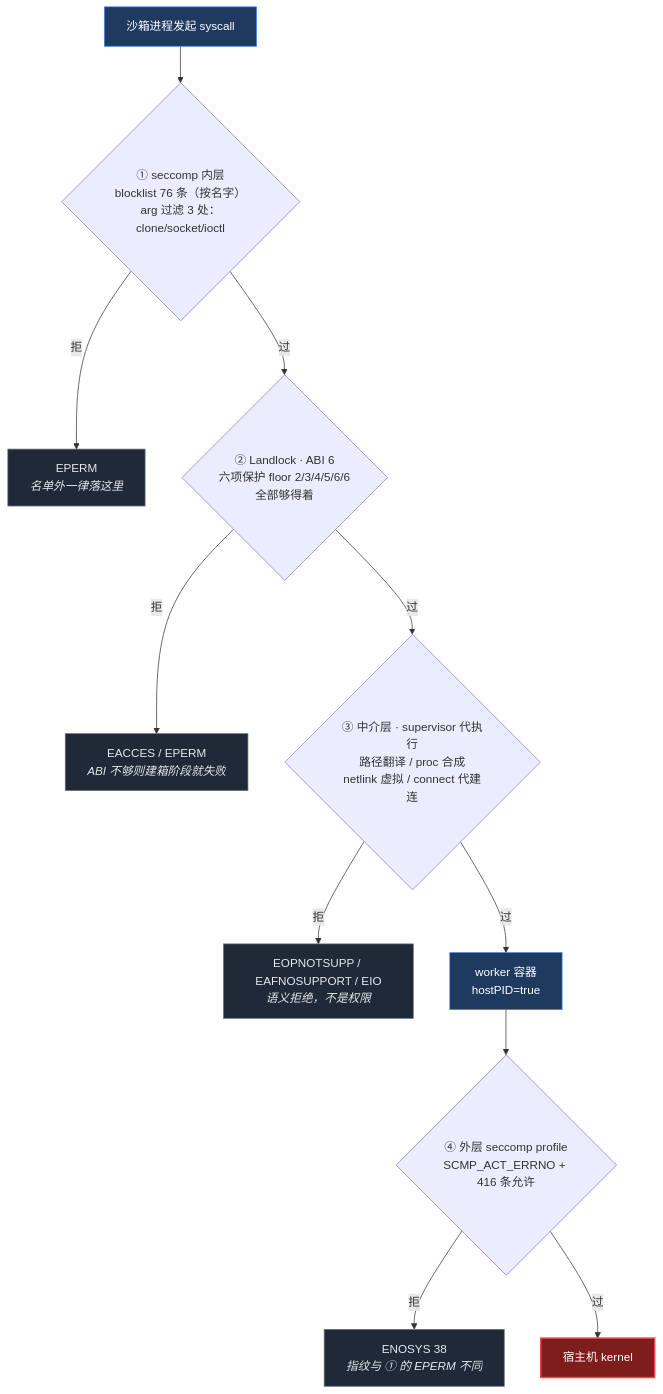
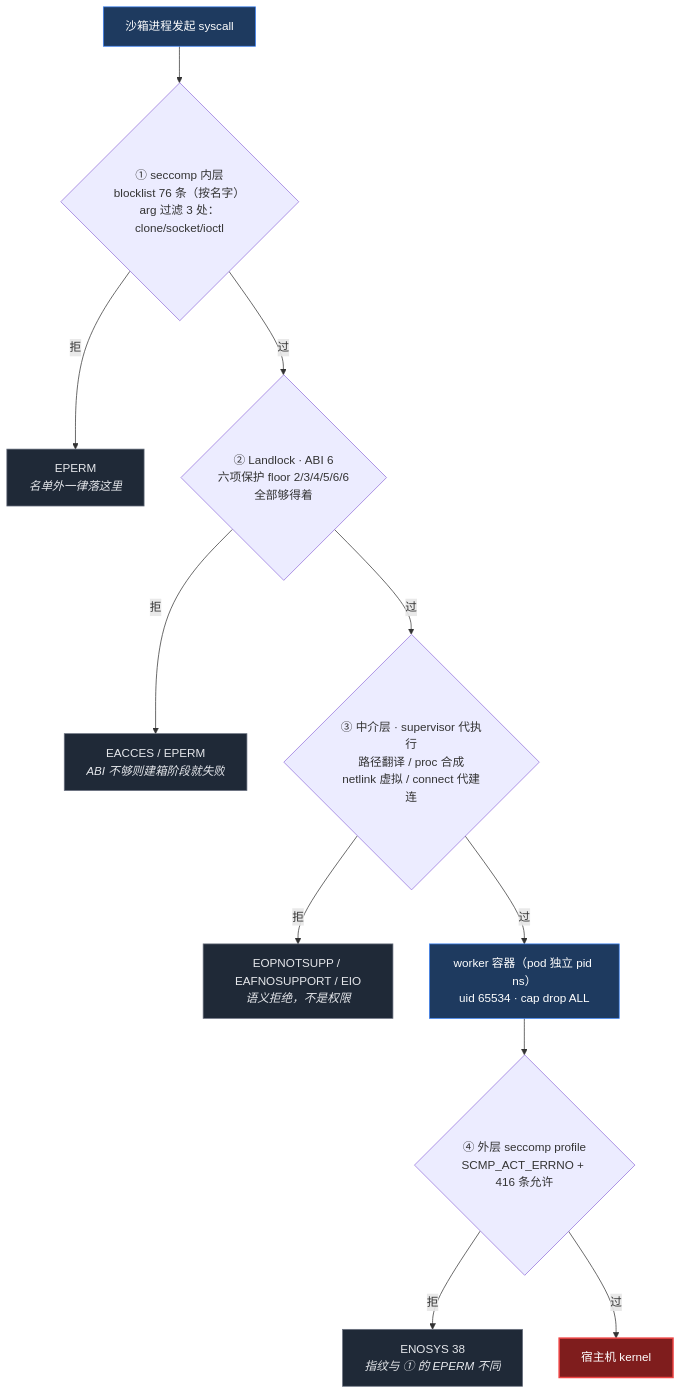
The first of 2 diagrams in docs/security-audit/security-framework.md (imhun/sandlock-e2b), drawn with Mermaid before and after one commit. The commit also changed other lines of this file and 1 other file, not shown here.

First line of the commit message:
docs(security-audit): 更正 hostPID —— worker 不是，c3-agent 才是

````diff
--- a/docs/security-audit/security-framework.md
+++ b/docs/security-audit/security-framework.md
@@ -27,24 +27,24 @@
 ```mermaid
 flowchart TD
     A["沙箱进程发起 syscall"] --> B{"① seccomp 内层<br/>blocklist 76 条（按名字）<br/>arg 过滤 3 处：clone/socket/ioctl"}
     B -->|拒| E1["EPERM<br/><i>名单外一律落这里</i>"]
     B -->|过| C{"② Landlock · ABI 6<br/>六项保护 floor 2/3/4/5/6/6<br/>全部够得着"}
     C -->|拒| E2["EACCES / EPERM<br/><i>ABI 不够则建箱阶段就失败</i>"]
     C -->|过| D{"③ 中介层 · supervisor 代执行<br/>路径翻译 / proc 合成<br/>netlink 虚拟 / connect 代建连"}
     D -->|拒| E3["EOPNOTSUPP / EAFNOSUPPORT / EIO<br/><i>语义拒绝，不是权限</i>"]
-    D -->|过| F["worker 容器<br/>hostPID=true"]
+    D -->|过| F["worker 容器（pod 独立 pid ns）<br/>uid 65534 · cap drop ALL"]
     F --> G{"④ 外层 seccomp profile<br/>SCMP_ACT_ERRNO + 416 条允许"}
     G -->|拒| E4["ENOSYS 38<br/><i>指纹与 ① 的 EPERM 不同</i>"]
     G -->|过| H["宿主机 kernel"]
 
     H["宿主机 kernel"]:::host
     E1:::deny
     E2:::deny
     E3:::deny
     E4:::deny
 
     classDef host fill:#7f1d1d,stroke:#ef4444,stroke-width:2px,color:#fff
     classDef deny fill:#1f2937,stroke:#6b7280,color:#e5e7eb
     style F fill:#1e3a5f,stroke:#3b82f6,color:#fff
     style A fill:#1e3a5f,stroke:#3b82f6,color:#fff
 ```
````
